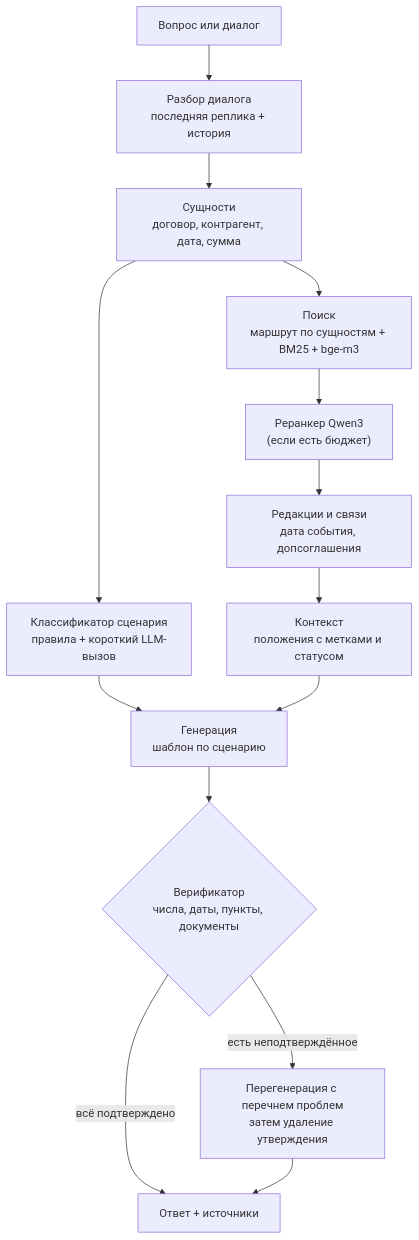
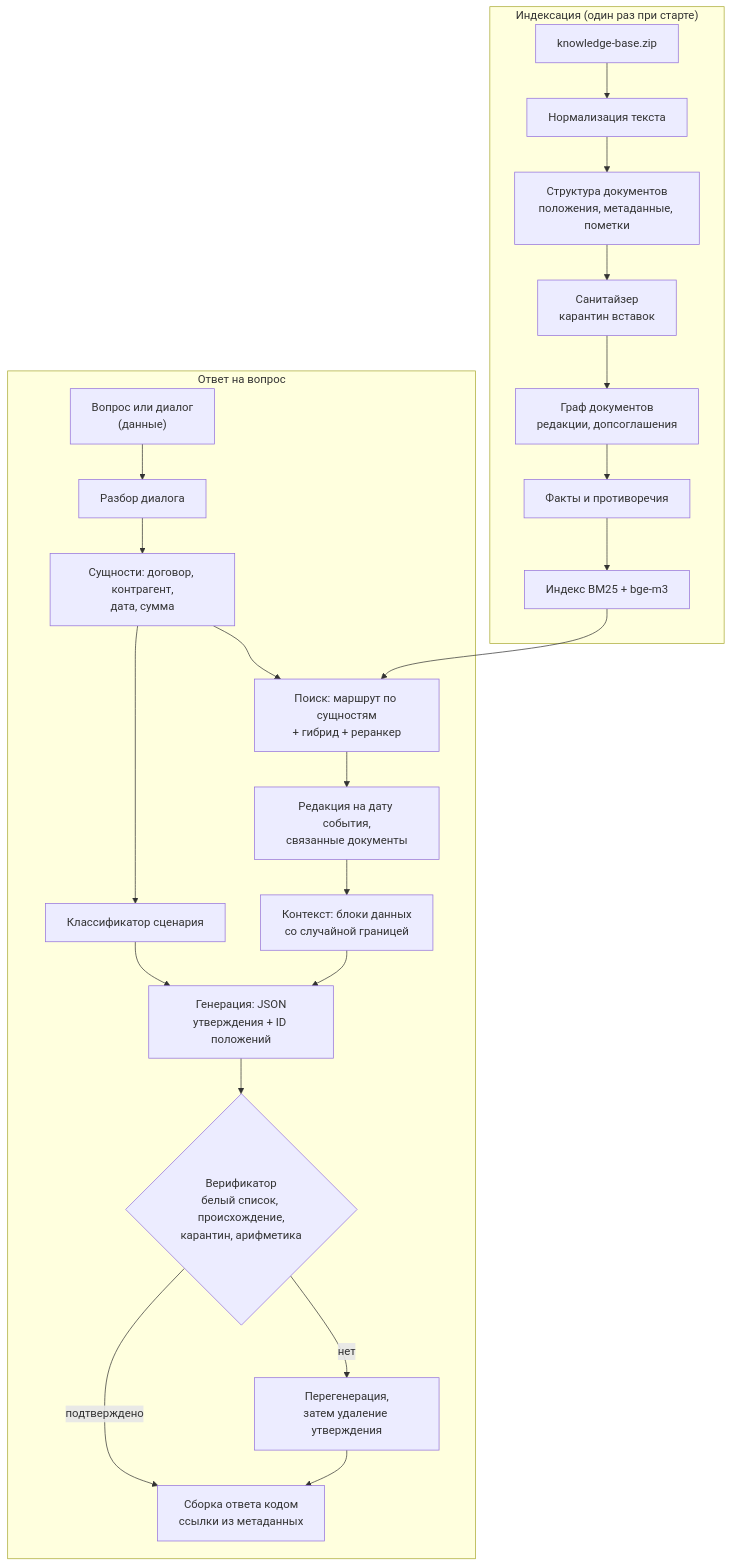
One commit to psb-hack/psb-legal-assistant changed the diagram in docs/04-architecture.md. Above: the diagram before and after it, drawn with Mermaid. The commit also changed other lines of this file and 2 other files, not shown here.

````diff
--- a/docs/04-architecture.md
+++ b/docs/04-architecture.md
@@ -14,16 +15,26 @@
 ```mermaid
 flowchart TD
-  Q["Вопрос или диалог"] --> D["Разбор диалога<br/>последняя реплика + история"]
-  D --> E["Сущности<br/>договор, контрагент, дата, сумма"]
-  E --> C["Классификатор сценария<br/>правила + короткий LLM-вызов"]
-  E --> R["Поиск<br/>маршрут по сущностям + BM25 + bge-m3"]
-  R --> RR["Реранкер Qwen3<br/>(если есть бюджет)"]
-  RR --> V["Редакции и связи<br/>дата события, допсоглашения"]
-  V --> X["Контекст<br/>положения с метками и статусом"]
-  C --> G["Генерация<br/>шаблон по сценарию"]
-  X --> G
-  G --> VF{"Верификатор<br/>числа, даты, пункты, документы"}
-  VF -->|"всё подтверждено"| A["Ответ + источники"]
-  VF -->|"есть неподтверждённое"| RG["Перегенерация с перечнем проблем<br/>затем удаление утверждения"]
-  RG --> A
+  subgraph Index["Индексация (один раз при старте)"]
+    KB["knowledge-base.zip"] --> N["Нормализация текста"]
+    N --> S["Структура документов<br/>положения, метаданные, пометки"]
+    S --> SAN["Санитайзер<br/>карантин вставок"]
+    SAN --> G["Граф документов<br/>редакции, допсоглашения"]
+    G --> FX["Факты и противоречия"]
+    FX --> IDX["Индекс BM25 + bge-m3"]
+  end
+  subgraph Ask["Ответ на вопрос"]
+    Q["Вопрос или диалог<br/>(данные)"] --> D["Разбор диалога"]
+    D --> E["Сущности: договор, контрагент,<br/>дата, сумма"]
+    E --> C["Классификатор сценария"]
+    E --> R["Поиск: маршрут по сущностям<br/>+ гибрид + реранкер"]
+    R --> V["Редакция на дату события,<br/>связанные документы"]
+    V --> X["Контекст: блоки данных<br/>со случайной границей"]
+    C --> GEN["Генерация: JSON<br/>утверждения + ID положений"]
+    X --> GEN
+    GEN --> VF{"Верификатор<br/>белый список, происхождение,<br/>карантин, арифметика"}
+    VF -->|"подтверждено"| RENDER["Сборка ответа кодом<br/>ссылки из метаданных"]
+    VF -->|"нет"| RG["Перегенерация,<br/>затем удаление утверждения"]
+    RG --> RENDER
+  end
+  IDX --> R
 ```
````
